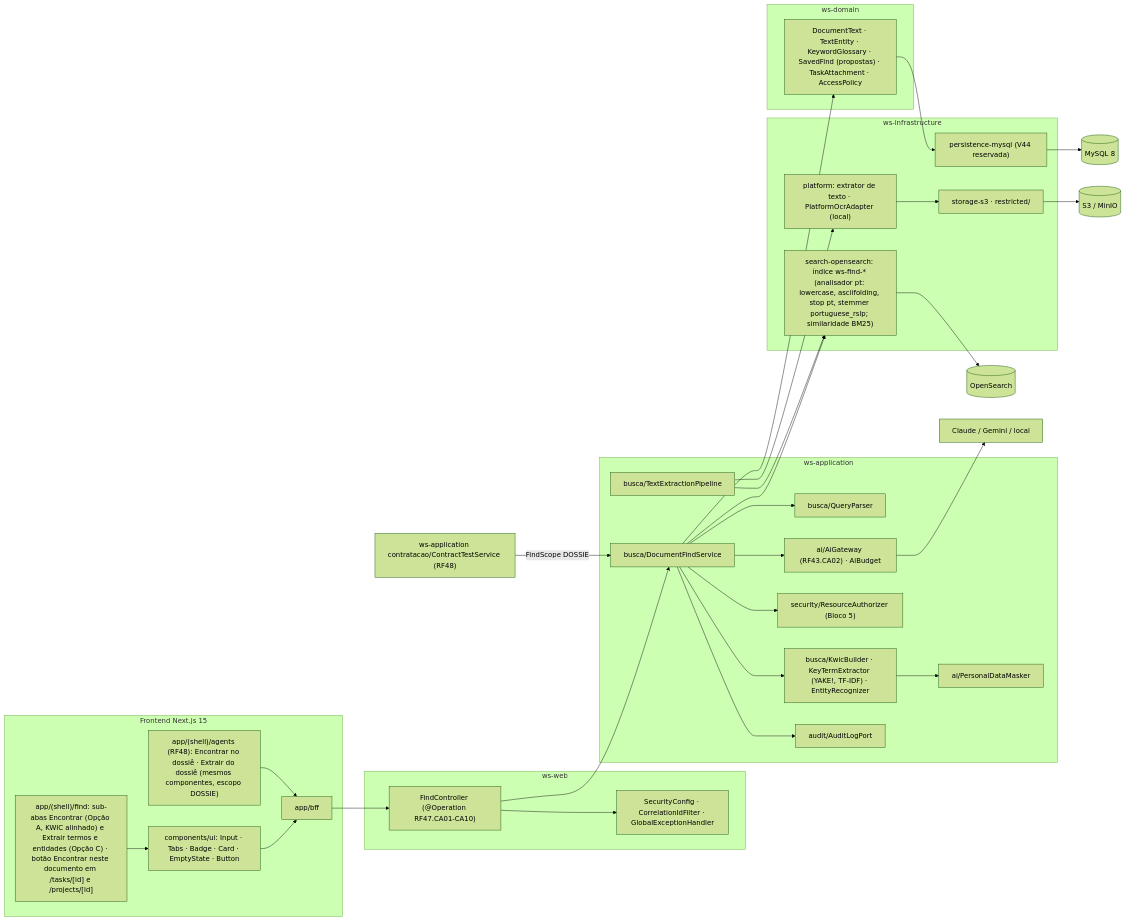
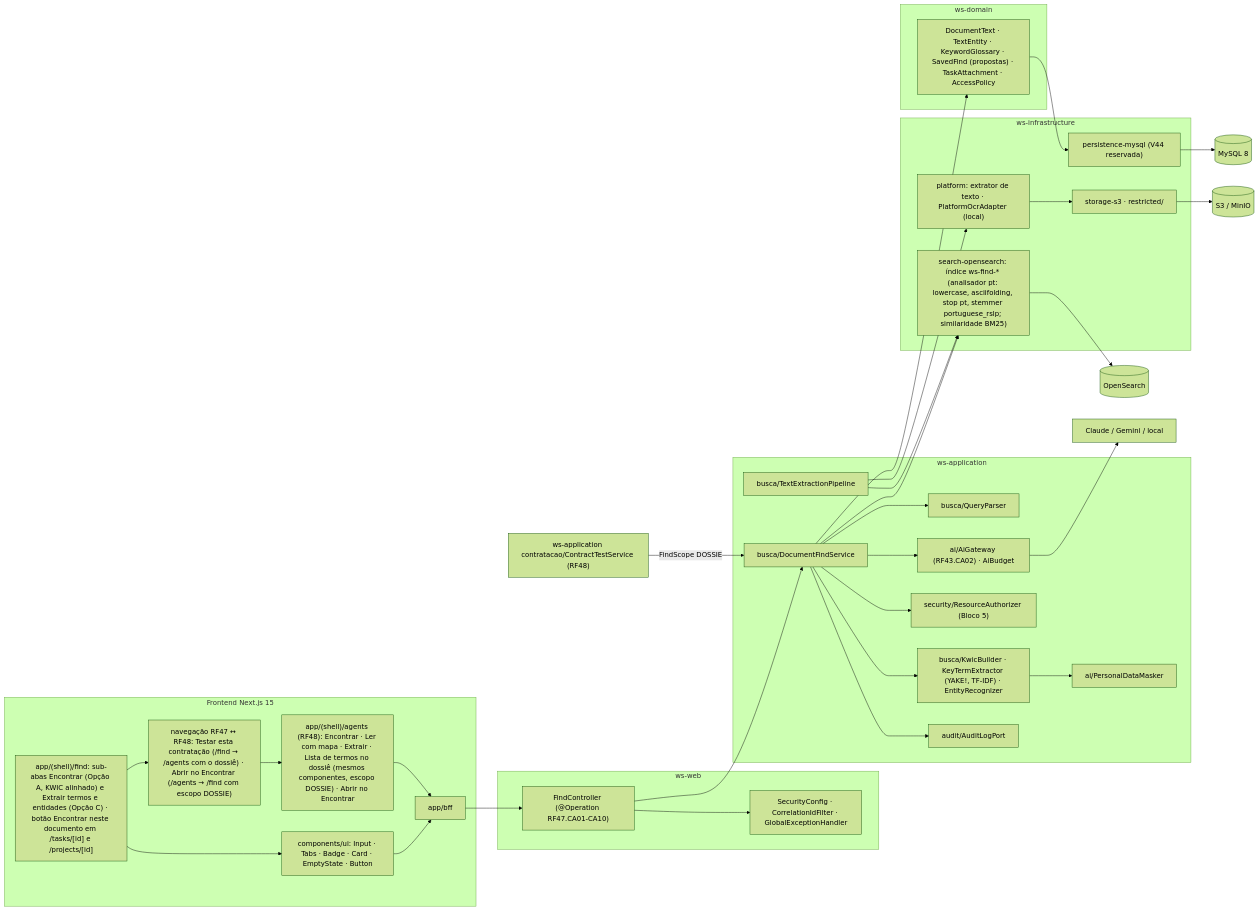
One commit to MatheusHaliski/Decia-app-2026 changed the fifth of 5 diagrams in docs/diagramas/RF47/README.md. Above: the diagram before and after it, drawn with Mermaid (forest theme). The commit also changed other lines of this file and 4 other files, not shown here.

First line of the commit message:
docs(rf48): CAs dos comentários do dono (RF47.CA14, RF48.CA16–CA19) — leitor com mapa, abas do dossiê, modos e navegação

````diff
--- a/docs/diagramas/RF47/README.md
+++ b/docs/diagramas/RF47/README.md
@@ -489,50 +498,52 @@
 ```mermaid
 flowchart LR
   subgraph FRONT["Frontend Next.js 15"]
     R1["app/(shell)/find: sub-abas Encontrar (Opção A, KWIC alinhado) e Extrair termos e entidades (Opção C) · botão Encontrar neste documento em /tasks/[id] e /projects/[id]"]
-    R3["app/(shell)/agents (RF48): Encontrar no dossiê · Extrair do dossiê (mesmos componentes, escopo DOSSIE)"]
+    R3["app/(shell)/agents (RF48): Encontrar · Ler com mapa · Extrair · Lista de termos no dossiê (mesmos componentes, escopo DOSSIE) · Abrir no Encontrar"]
+    NAV["navegação RF47 ↔ RF48: Testar esta contratação (/find → /agents com o dossiê) · Abrir no Encontrar (/agents → /find com escopo DOSSIE)"]
+    R1 --> NAV --> R3
     R3 --> BFF
     R2["components/ui: Input · Tabs · Badge · Card · EmptyState · Button"]
     BFF["app/bff"]
     R1 --> R2 --> BFF
   end
   subgraph WEB["ws-web"]
     FC["FindController (@Operation RF47.CA01-CA10)"]
     SEC["SecurityConfig · CorrelationIdFilter · GlobalExceptionHandler"]
   end
   subgraph APPL["ws-application"]
     FS["busca/DocumentFindService"]
     QP["busca/QueryParser"]
     TEP["busca/TextExtractionPipeline"]
     KW["busca/KwicBuilder · KeyTermExtractor (YAKE!, TF-IDF) · EntityRecognizer"]
     RA["security/ResourceAuthorizer (Bloco 5)"]
     MSK["ai/PersonalDataMasker"]
     AIG["ai/AiGateway (RF43.CA02) · AiBudget"]
     AUD["audit/AuditLogPort"]
   end
   subgraph DOM["ws-domain"]
     ENT["DocumentText · TextEntity · KeywordGlossary · SavedFind (propostas) · TaskAttachment · AccessPolicy"]
   end
   subgraph INFRA["ws-infrastructure"]
     OSA["search-opensearch: índice ws-find-* (analisador pt: lowercase, asciifolding, stop pt, stemmer portuguese_rslp; similaridade BM25)"]
     PLAT["platform: extrator de texto · PlatformOcrAdapter (local)"]
     MY["persistence-mysql (V44 reservada)"]
     S3A["storage-s3 · restricted/"]
   end
   BFF --> FC --> SEC
   FC --> FS
   FS --> QP
   FS --> KW
   FS --> RA
   FS --> AUD
   FS --> AIG
   KW --> MSK
   TEP --> PLAT
   FS --> ENT
   TEP --> OSA
   FS --> OSA --> OPENS[("OpenSearch")]
   RF48S["ws-application contratacao/ContractTestService (RF48)"] -->|FindScope DOSSIE| FS
   ENT --> MY --> MYSQL[("MySQL 8")]
   PLAT --> S3A --> S3[("S3 / MinIO")]
   AIG --> AI["Claude / Gemini / local"]
 ```
````
